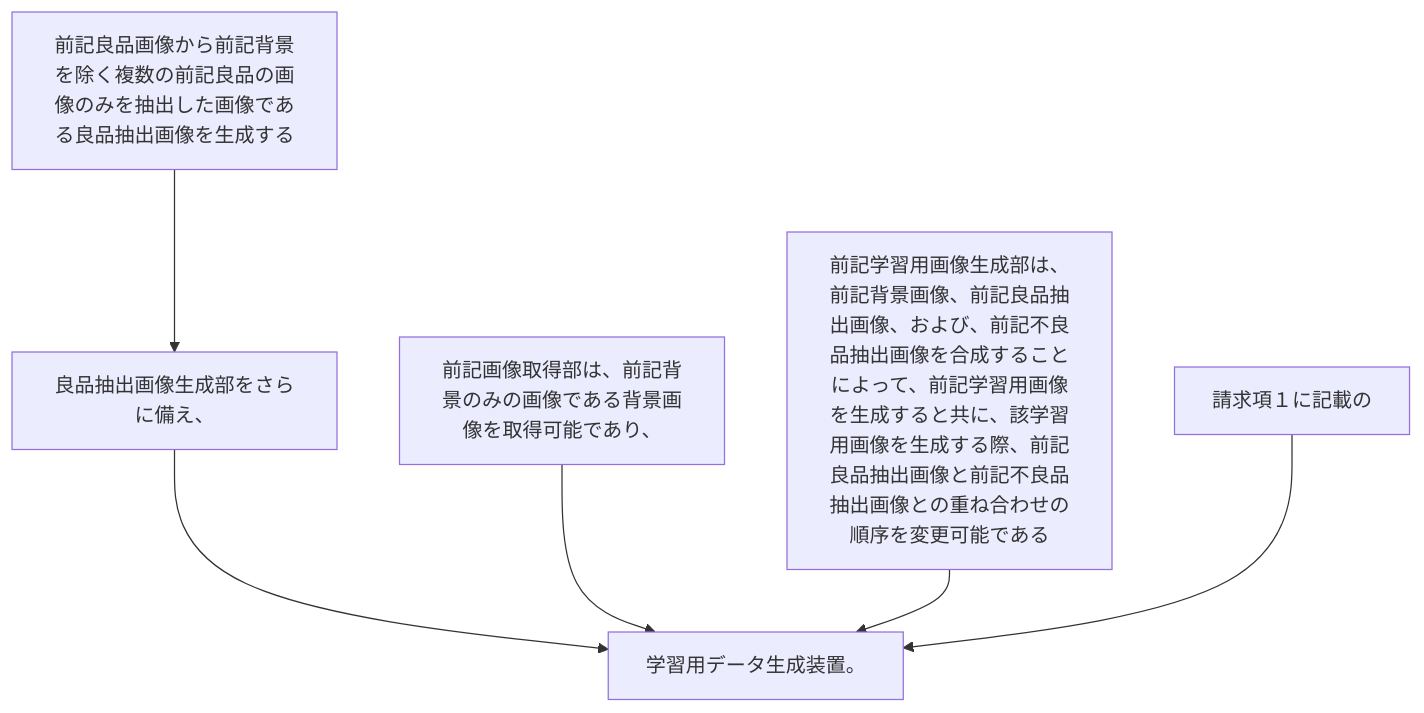
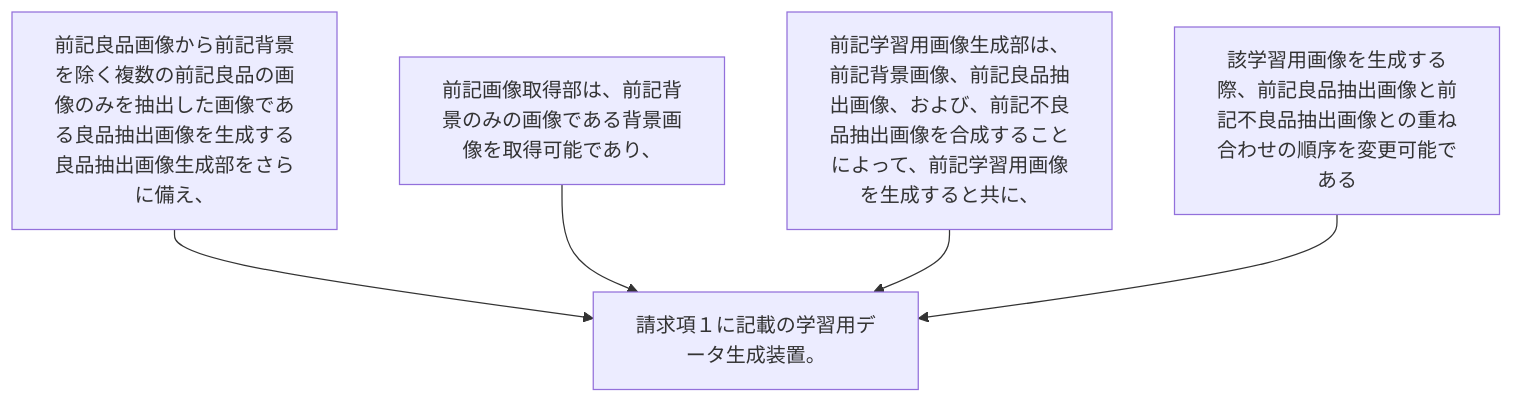
One commit to shinmori55/patent_analyzed changed the diagram in 2024/JP2024000284A/claim_2/claim_2_graph.md. Above: the diagram before and after it, drawn with Mermaid. The commit also changed 15 other files, not shown here.

````diff
--- a/2024/JP2024000284A/claim_2/claim_2_graph.md
+++ b/2024/JP2024000284A/claim_2/claim_2_graph.md
@@ -1,14 +1,12 @@
 ```mermaid
 flowchart TD
-A["前記良品画像から前記背景を除く複数の前記良品の画像のみを抽出した画像である良品抽出画像を生成する"]
-B["良品抽出画像生成部をさらに備え、"]
-C["前記画像取得部は、前記背景のみの画像である背景画像を取得可能であり、"]
-D["前記学習用画像生成部は、前記背景画像、前記良品抽出画像、および、前記不良品抽出画像を合成することによって、前記学習用画像を生成すると共に、該学習用画像を生成する際、前記良品抽出画像と前記不良品抽出画像との重ね合わせの順序を変更可能である"]
-E["請求項１に記載の"]
-F["学習用データ生成装置。"]
-A --> B
-B --> F
-C --> F
-D --> F
-E --> F
+A[前記良品画像から前記背景を除く複数の前記良品の画像のみを抽出した画像である良品抽出画像を生成する良品抽出画像生成部をさらに備え、]
+B[前記画像取得部は、前記背景のみの画像である背景画像を取得可能であり、]
+C[前記学習用画像生成部は、前記背景画像、前記良品抽出画像、および、前記不良品抽出画像を合成することによって、前記学習用画像を生成すると共に、]
+D[該学習用画像を生成する際、前記良品抽出画像と前記不良品抽出画像との重ね合わせの順序を変更可能である]
+E[請求項１に記載の学習用データ生成装置。]
+A --> E
+B --> E
+C --> E
+D --> E
 ```
````
